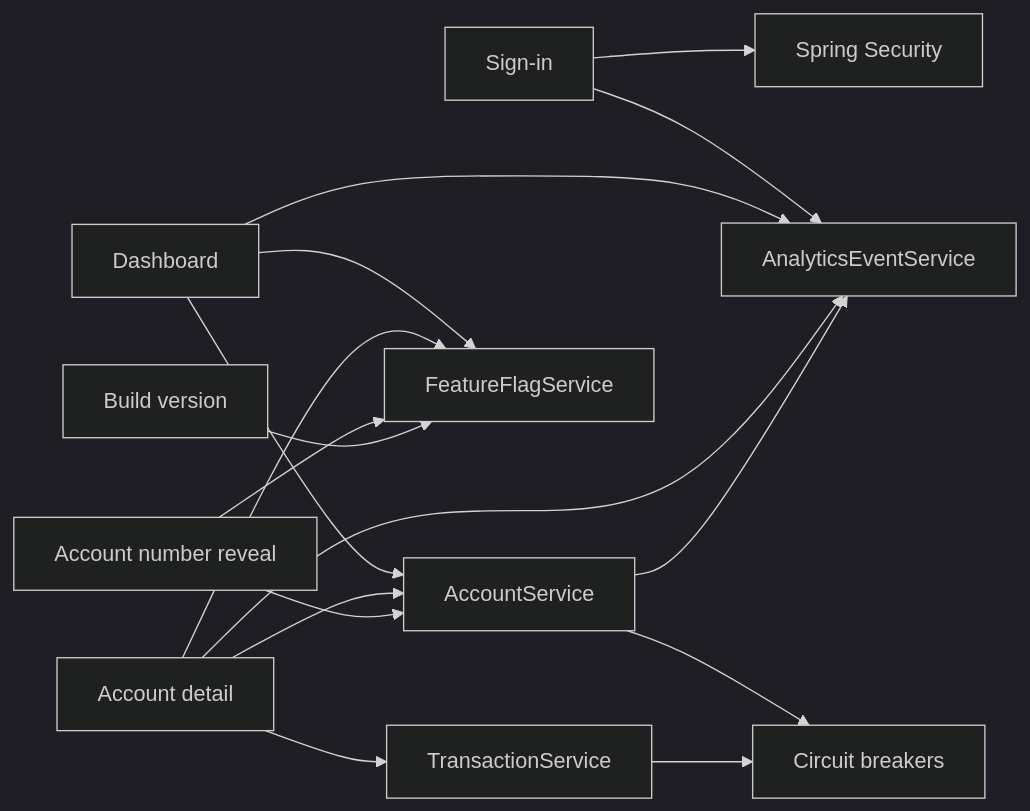
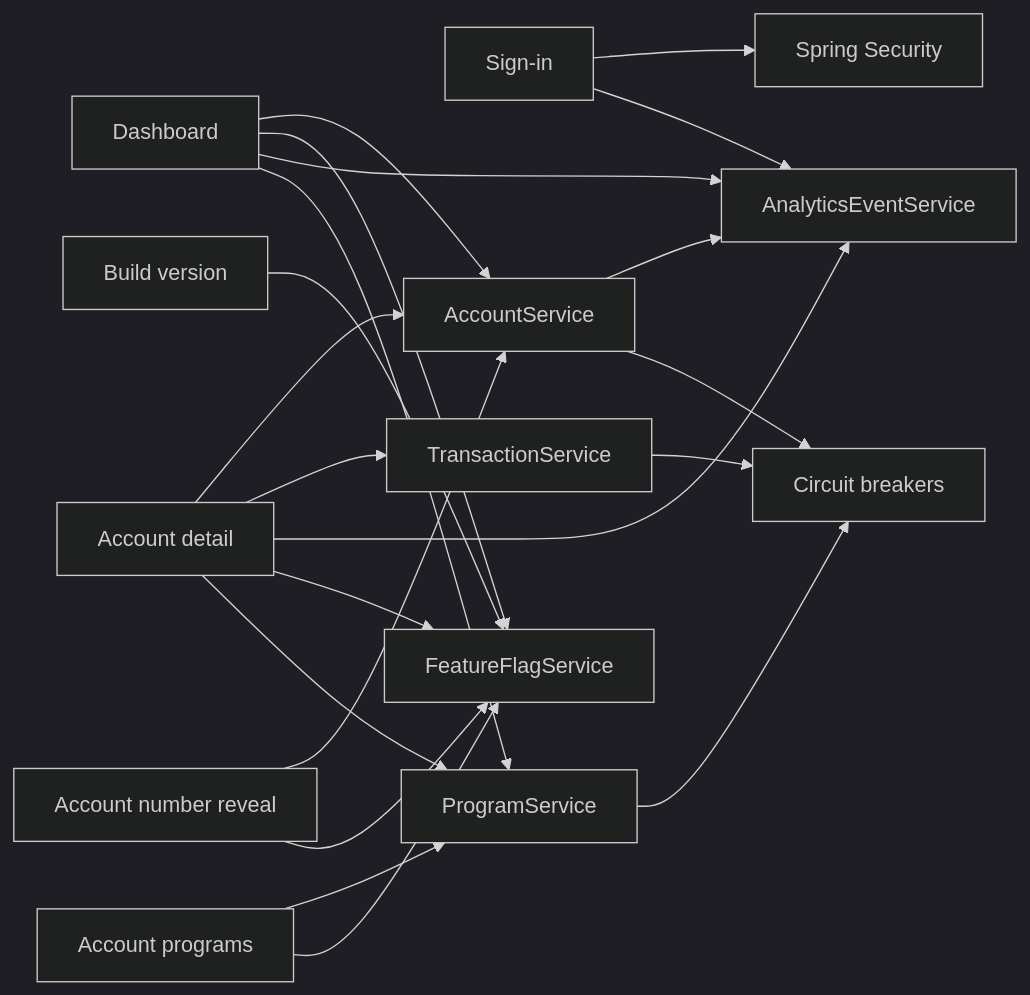
Before and after one commit to factory-aj-pahl/mockingbird-bank: the diagram in droid-wiki/features/index.md, drawn with Mermaid (dark theme). The commit also changed other lines of this file and 78 other files, not shown here.

First line of the commit message:
Add account programs with Regular and Youth Savings rules (SED-847) (#17)

````diff
--- a/droid-wiki/features/index.md
+++ b/droid-wiki/features/index.md
@@ -20,18 +21,23 @@
 ```mermaid
 graph LR
     SignIn[Sign-in] --> Security[Spring Security]
     SignIn --> Analytics[AnalyticsEventService]
     Dashboard --> AccountSvc[AccountService]
     Dashboard --> Flags[FeatureFlagService]
     Dashboard --> Analytics
     Detail[Account detail] --> AccountSvc
     Detail --> TxSvc[TransactionService]
     Detail --> Analytics
     Detail --> Flags
+    Detail --> ProgramSvc[ProgramService]
+    Dashboard --> ProgramSvc
+    Programs[Account programs] --> ProgramSvc
+    Programs --> Flags
     Reveal[Account number reveal] --> AccountSvc
     Reveal --> Flags
     AccountSvc --> Analytics
     AccountSvc --> Breaker[Circuit breakers]
     TxSvc --> Breaker
+    ProgramSvc --> Breaker
     Version[Build version] --> Flags
 ```
````
